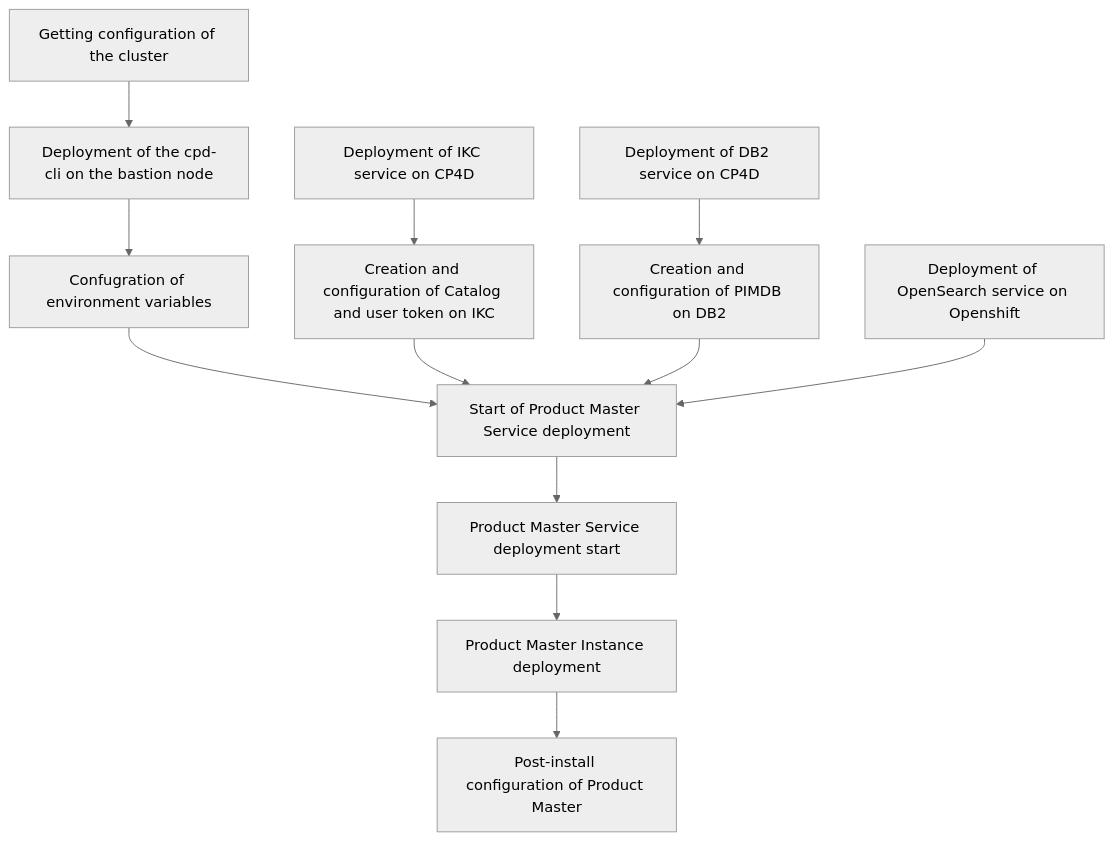
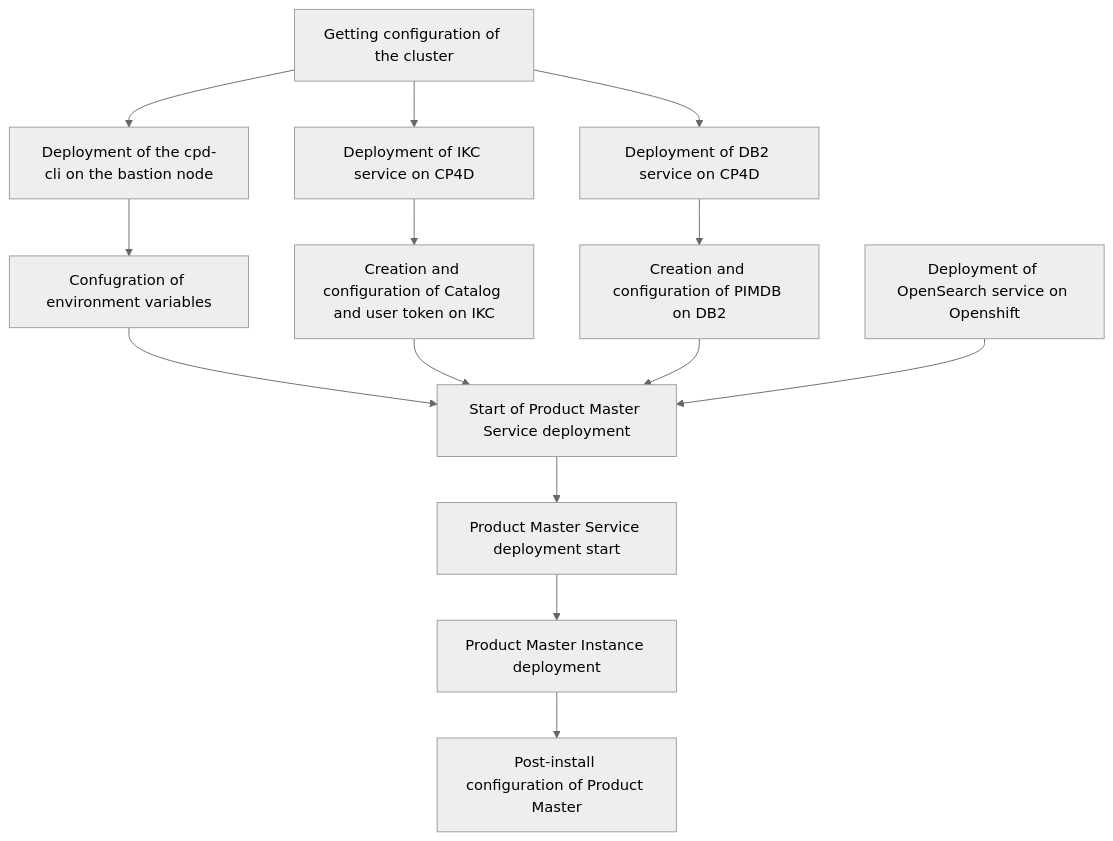
The diagram in CP4D Generic/Deployment of Product Master/Pre-work.md (pavel-maltsev/IBM-Cloud-Pak-for-Data), drawn with Mermaid (neutral theme) before and after one commit.

````diff
--- a/CP4D Generic/Deployment of Product Master/Pre-work.md
+++ b/CP4D Generic/Deployment of Product Master/Pre-work.md
@@ -3,14 +3,16 @@
 ```mermaid
 graph TD;
     A[Getting configuration of the cluster]-->B[Deployment of the cpd-cli on the bastion node];
     B-->C[Confugration of environment variables];
+    A-->D[Deployment of DB2 service on CP4D];
+    A-->F[Deployment of IKC service on CP4D];
     C-->M[Start of Product Master Service deployment];
-    D[Deployment of DB2 service on CP4D]-->E[Creation and configuration of PIMDB on DB2];
-    F[Deployment of IKC service on CP4D]-->G[Creation and configuration of Catalog and user token on IKC];
+    D-->E[Creation and configuration of PIMDB on DB2];
+    F-->G[Creation and configuration of Catalog and user token on IKC];
     G-->M;
     E-->M;
     H[Deployment of OpenSearch service on Openshift]-->M;
     M-->N[Product Master Service deployment start];
     N-->O[Product Master Instance deployment];
     O-->P[Post-install configuration of Product Master];
 ```
````
